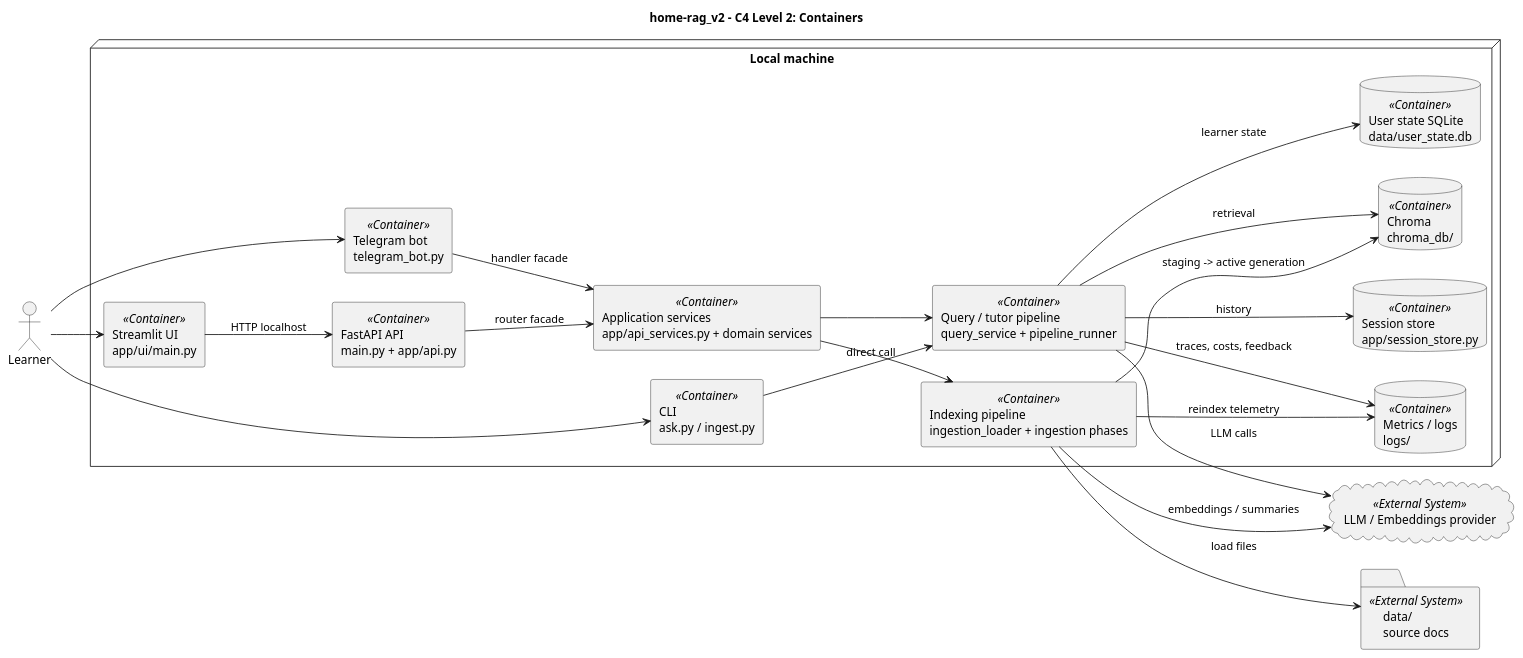
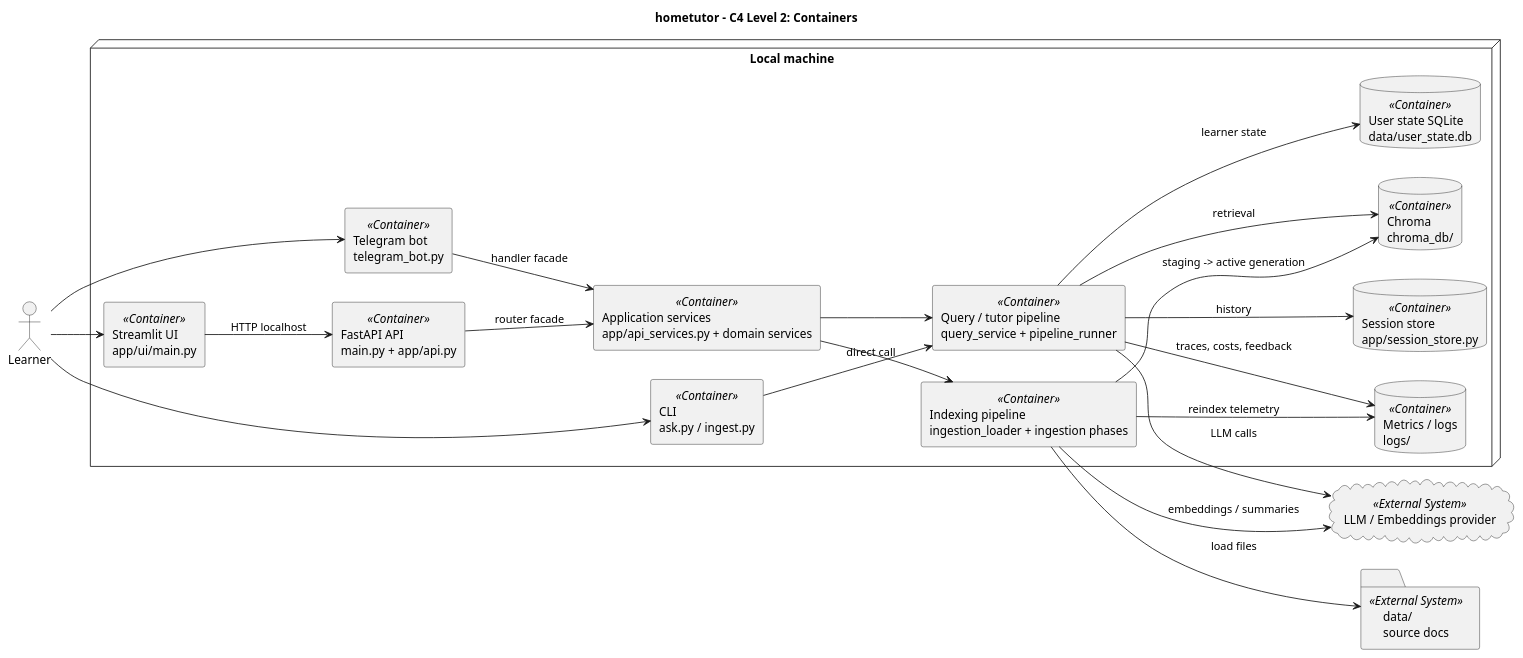
The second of 12 diagrams in doc/architecture.md (ktolmachov/hometutor-studio), drawn with PlantUML before and after one commit. The commit also changed other lines of this file and 119 other files, not shown here.

````diff
--- a/doc/architecture.md
+++ b/doc/architecture.md
@@ -46,46 +46,46 @@
 ```plantuml
 @startuml
-title home-rag_v2 - C4 Level 2: Containers
+title hometutor - C4 Level 2: Containers
 left to right direction
 skinparam shadowing false
 skinparam componentStyle rectangle
 
 actor Learner
 
 node "Local machine" {
   component "Streamlit UI\napp/ui/main.py" as UI <<Container>>
   component "FastAPI API\nmain.py + app/api.py" as API <<Container>>
   component "CLI\nask.py / ingest.py" as CLI <<Container>>
   component "Telegram bot\ntelegram_bot.py" as TG <<Container>>
   component "Application services\napp/api_services.py + domain services" as SVC <<Container>>
   component "Query / tutor pipeline\nquery_service + pipeline_runner" as Pipeline <<Container>>
   component "Indexing pipeline\ningestion_loader + ingestion phases" as Ingest <<Container>>
   database "Chroma\nchroma_db/" as Chroma <<Container>>
   database "User state SQLite\ndata/user_state.db" as UserState <<Container>>
   database "Session store\napp/session_store.py" as Sessions <<Container>>
   database "Metrics / logs\nlogs/" as Metrics <<Container>>
 }
 
 cloud "LLM / Embeddings provider" as Provider <<External System>>
 folder "data/\nsource docs" as Data <<External System>>
 
 Learner --> UI
 Learner --> CLI
 Learner --> TG
 UI --> API : HTTP localhost
 API --> SVC : router facade
 CLI --> Pipeline : direct call
 TG --> SVC : handler facade
 SVC --> Pipeline
 SVC --> Ingest
 Pipeline --> Provider : LLM calls
 Pipeline --> Chroma : retrieval
 Pipeline --> UserState : learner state
 Pipeline --> Sessions : history
 Pipeline --> Metrics : traces, costs, feedback
 Ingest --> Data : load files
 Ingest --> Provider : embeddings / summaries
 Ingest --> Chroma : staging -> active generation
 Ingest --> Metrics : reindex telemetry
 @enduml
 ```
````
